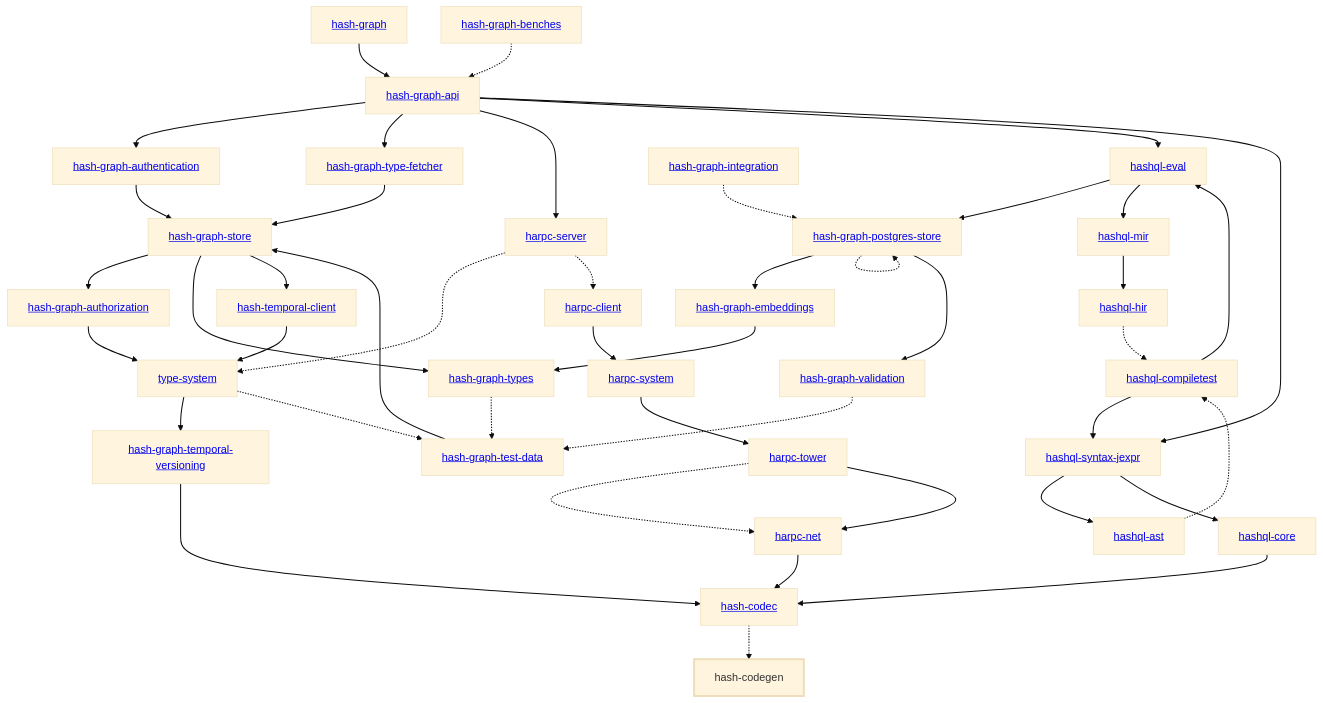
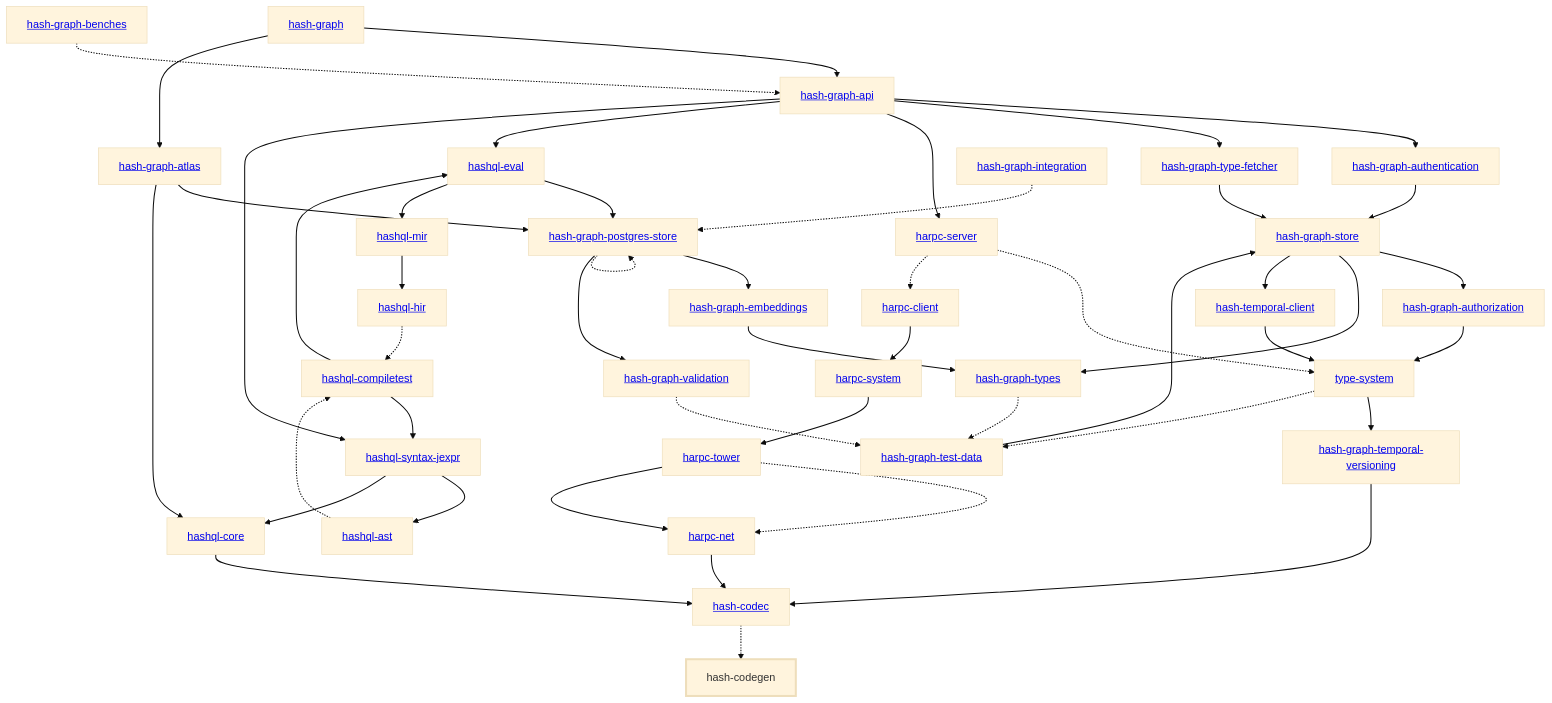
One commit to hashintel/hash changed the diagram in libs/@local/codegen/docs/dependency-diagram.mmd. Above: the diagram before and after it, drawn with Mermaid (base theme). The commit also changed 28 other files, not shown here.

Commit message:
chore: update graph dependency diagrams

```diff
--- a/libs/@local/codegen/docs/dependency-diagram.mmd
+++ b/libs/@local/codegen/docs/dependency-diagram.mmd
@@ -1,84 +1,88 @@
 graph TD
     linkStyle default stroke-width:1.5px
     classDef default stroke-width:1px
     classDef root stroke-width:3px
     classDef dev stroke-width:1px
     classDef build stroke-width:1px
     %% Legend
     %% --> : Normal dependency
     %% -.-> : Dev dependency
     %% ---> : Build dependency
     0[<a href="../hash_graph/index.html">hash-graph</a>]
     1[<a href="../type_system/index.html">type-system</a>]
     2[<a href="../hash_codec/index.html">hash-codec</a>]
     3[hash-codegen]
     class 3 root
     4[<a href="../hash_graph_api/index.html">hash-graph-api</a>]
-    5[<a href="../hash_graph_authentication/index.html">hash-graph-authentication</a>]
-    6[<a href="../hash_graph_authorization/index.html">hash-graph-authorization</a>]
-    7[<a href="../hash_graph_embeddings/index.html">hash-graph-embeddings</a>]
-    8[<a href="../hash_graph_postgres_store/index.html">hash-graph-postgres-store</a>]
-    9[<a href="../hash_graph_store/index.html">hash-graph-store</a>]
-    10[<a href="../hash_graph_temporal_versioning/index.html">hash-graph-temporal-versioning</a>]
-    11[<a href="../hash_graph_type_fetcher/index.html">hash-graph-type-fetcher</a>]
-    12[<a href="../hash_graph_types/index.html">hash-graph-types</a>]
-    13[<a href="../hash_graph_validation/index.html">hash-graph-validation</a>]
-    14[<a href="../harpc_client/index.html">harpc-client</a>]
-    15[<a href="../harpc_net/index.html">harpc-net</a>]
-    16[<a href="../harpc_server/index.html">harpc-server</a>]
-    17[<a href="../harpc_system/index.html">harpc-system</a>]
-    18[<a href="../harpc_tower/index.html">harpc-tower</a>]
-    19[<a href="../hashql_ast/index.html">hashql-ast</a>]
-    20[<a href="../hashql_compiletest/index.html">hashql-compiletest</a>]
-    21[<a href="../hashql_core/index.html">hashql-core</a>]
-    22[<a href="../hashql_eval/index.html">hashql-eval</a>]
-    23[<a href="../hashql_hir/index.html">hashql-hir</a>]
-    24[<a href="../hashql_mir/index.html">hashql-mir</a>]
-    25[<a href="../hashql_syntax_jexpr/index.html">hashql-syntax-jexpr</a>]
-    26[<a href="../hash_temporal_client/index.html">hash-temporal-client</a>]
-    27[<a href="../hash_graph_benches/index.html">hash-graph-benches</a>]
-    28[<a href="../hash_graph_integration/index.html">hash-graph-integration</a>]
-    29[<a href="../hash_graph_test_data/index.html">hash-graph-test-data</a>]
+    5[<a href="../hash_graph_atlas/index.html">hash-graph-atlas</a>]
+    6[<a href="../hash_graph_authentication/index.html">hash-graph-authentication</a>]
+    7[<a href="../hash_graph_authorization/index.html">hash-graph-authorization</a>]
+    8[<a href="../hash_graph_embeddings/index.html">hash-graph-embeddings</a>]
+    9[<a href="../hash_graph_postgres_store/index.html">hash-graph-postgres-store</a>]
+    10[<a href="../hash_graph_store/index.html">hash-graph-store</a>]
+    11[<a href="../hash_graph_temporal_versioning/index.html">hash-graph-temporal-versioning</a>]
+    12[<a href="../hash_graph_type_fetcher/index.html">hash-graph-type-fetcher</a>]
+    13[<a href="../hash_graph_types/index.html">hash-graph-types</a>]
+    14[<a href="../hash_graph_validation/index.html">hash-graph-validation</a>]
+    15[<a href="../harpc_client/index.html">harpc-client</a>]
+    16[<a href="../harpc_net/index.html">harpc-net</a>]
+    17[<a href="../harpc_server/index.html">harpc-server</a>]
+    18[<a href="../harpc_system/index.html">harpc-system</a>]
+    19[<a href="../harpc_tower/index.html">harpc-tower</a>]
+    20[<a href="../hashql_ast/index.html">hashql-ast</a>]
+    21[<a href="../hashql_compiletest/index.html">hashql-compiletest</a>]
+    22[<a href="../hashql_core/index.html">hashql-core</a>]
+    23[<a href="../hashql_eval/index.html">hashql-eval</a>]
+    24[<a href="../hashql_hir/index.html">hashql-hir</a>]
+    25[<a href="../hashql_mir/index.html">hashql-mir</a>]
+    26[<a href="../hashql_syntax_jexpr/index.html">hashql-syntax-jexpr</a>]
+    27[<a href="../hash_temporal_client/index.html">hash-temporal-client</a>]
+    28[<a href="../hash_graph_benches/index.html">hash-graph-benches</a>]
+    29[<a href="../hash_graph_integration/index.html">hash-graph-integration</a>]
+    30[<a href="../hash_graph_test_data/index.html">hash-graph-test-data</a>]
     0 --> 4
-    1 --> 10
-    1 -.-> 29
+    0 --> 5
+    1 --> 11
+    1 -.-> 30
     2 -.-> 3
-    4 --> 5
-    4 --> 11
-    4 --> 16
-    4 --> 22
-    4 --> 25
+    4 --> 6
+    4 --> 12
+    4 --> 17
+    4 --> 23
+    4 --> 26
     5 --> 9
-    6 --> 1
-    7 --> 12
-    8 --> 7
-    8 -.-> 8
+    5 --> 22
+    6 --> 10
+    7 --> 1
     8 --> 13
-    9 --> 6
-    9 --> 12
-    9 --> 26
-    10 --> 2
-    11 --> 9
-    12 -.-> 29
-    13 -.-> 29
-    14 --> 17
-    15 --> 2
-    16 -.-> 1
-    16 -.-> 14
-    17 --> 18
-    18 -.-> 15
-    18 --> 15
-    19 -.-> 20
-    20 --> 22
-    20 --> 25
-    21 --> 2
-    22 --> 8
-    22 --> 24
-    23 -.-> 20
-    24 --> 23
-    25 --> 19
-    25 --> 21
-    26 --> 1
-    27 -.-> 4
-    28 -.-> 8
-    29 --> 9
+    9 --> 8
+    9 -.-> 9
+    9 --> 14
+    10 --> 7
+    10 --> 13
+    10 --> 27
+    11 --> 2
+    12 --> 10
+    13 -.-> 30
+    14 -.-> 30
+    15 --> 18
+    16 --> 2
+    17 -.-> 1
+    17 -.-> 15
+    18 --> 19
+    19 -.-> 16
+    19 --> 16
+    20 -.-> 21
+    21 --> 23
+    21 --> 26
+    22 --> 2
+    23 --> 9
+    23 --> 25
+    24 -.-> 21
+    25 --> 24
+    26 --> 20
+    26 --> 22
+    27 --> 1
+    28 -.-> 4
+    29 -.-> 9
+    30 --> 10
```
